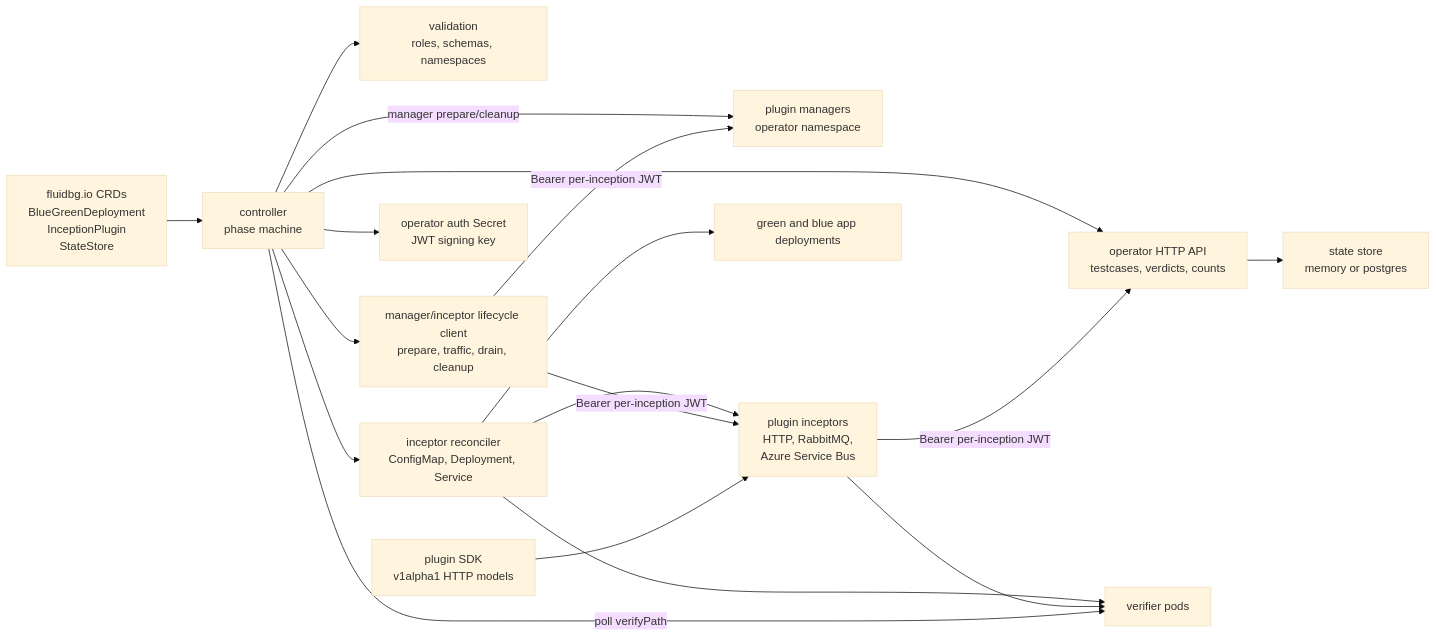
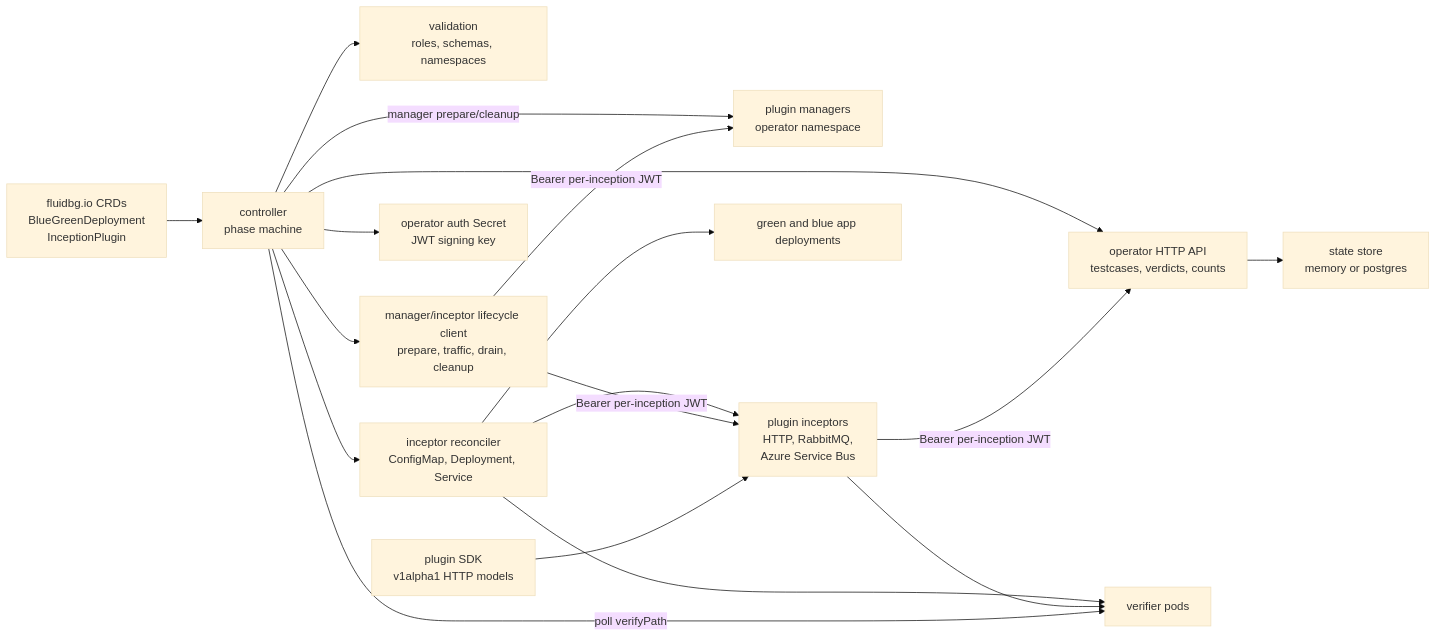
One commit to dlahmad/fluidbgoperator changed the first of 3 diagrams in docs/reference/architecture.md. Above: the diagram before and after it, drawn with Mermaid (base theme). The commit also changed other lines of this file and 46 other files, not shown here.

````diff
--- a/docs/reference/architecture.md
+++ b/docs/reference/architecture.md
@@ -24,34 +24,34 @@
 ```mermaid
 flowchart LR
-    CRD["fluidbg.io CRDs<br/>BlueGreenDeployment<br/>InceptionPlugin<br/>StateStore"]
+    CRD["fluidbg.io CRDs<br/>BlueGreenDeployment<br/>InceptionPlugin"]
     CTRL["controller<br/>phase machine"]
     VAL["validation<br/>roles, schemas, namespaces"]
     PLUGREC["inceptor reconciler<br/>ConfigMap, Deployment, Service"]
     LIFE["manager/inceptor lifecycle client<br/>prepare, traffic, drain, cleanup"]
     AUTH["operator auth Secret<br/>JWT signing key"]
     API["operator HTTP API<br/>testcases, verdicts, counts"]
     STORE["state store<br/>memory or postgres"]
     SDK["plugin SDK<br/>v1alpha1 HTTP models"]
     MGR["plugin managers<br/>operator namespace"]
     PLUG["plugin inceptors<br/>HTTP, RabbitMQ,<br/>Azure Service Bus"]
     TEST["verifier pods"]
     APP["green and blue app deployments"]
 
     CRD --> CTRL
     CTRL --> VAL
     CTRL --> PLUGREC
     CTRL --> LIFE
     CTRL --> AUTH
     CTRL --> API
     API --> STORE
     CTRL -->|"manager prepare/cleanup"| MGR
     PLUGREC --> PLUG
     PLUGREC --> APP
     PLUGREC --> TEST
     LIFE -->|"Bearer per-inception JWT"| MGR
     LIFE -->|"Bearer per-inception JWT"| PLUG
     SDK --> PLUG
     PLUG -->|"Bearer per-inception JWT"| API
     PLUG --> TEST
     CTRL -->|"poll verifyPath"| TEST
 ```
````
